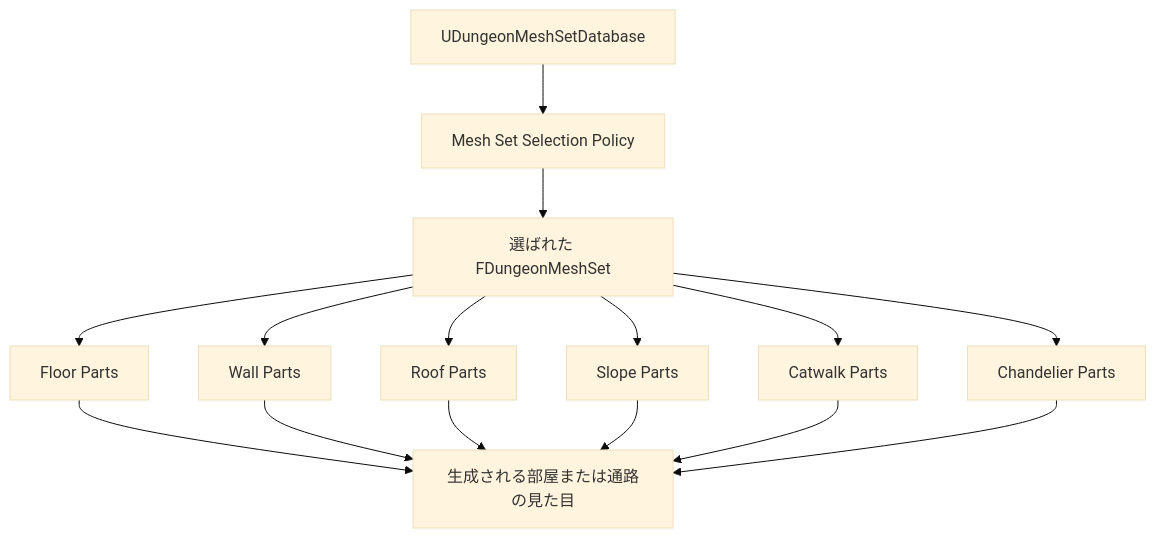
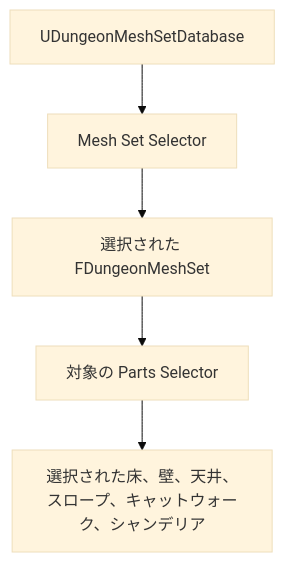
Before and after one commit to shun126/DungeonGenerator: the diagram in Document/tutorial/UDungeonMeshSetDatabase.ja.md, drawn with Mermaid (base theme). The commit also changed other lines of this file and 332 other files, not shown here.

````diff
--- a/Document/tutorial/UDungeonMeshSetDatabase.ja.md
+++ b/Document/tutorial/UDungeonMeshSetDatabase.ja.md
@@ -12,17 +9,7 @@
 ```mermaid
 graph TD;
-    Database["UDungeonMeshSetDatabase"] --> Policy["Mesh Set Selection Policy"]
-    Policy --> MeshSet["選ばれた FDungeonMeshSet"]
-    MeshSet --> Floor["Floor Parts"]
-    MeshSet --> Wall["Wall Parts"]
-    MeshSet --> Roof["Roof Parts"]
-    MeshSet --> Slope["Slope Parts"]
-    MeshSet --> Catwalk["Catwalk Parts"]
-    MeshSet --> Chandelier["Chandelier Parts"]
-    Floor --> Result["生成される部屋または通路の見た目"]
-    Wall --> Result
-    Roof --> Result
-    Slope --> Result
-    Catwalk --> Result
-    Chandelier --> Result
+    Database["UDungeonMeshSetDatabase"] --> SetSelector["Mesh Set Selector"]
+    SetSelector --> MeshSet["選択された FDungeonMeshSet"]
+    MeshSet --> PartSelector["対象の Parts Selector"]
+    PartSelector --> Part["選択された床、壁、天井、スロープ、キャットウォーク、シャンデリア"]
 ```
````
